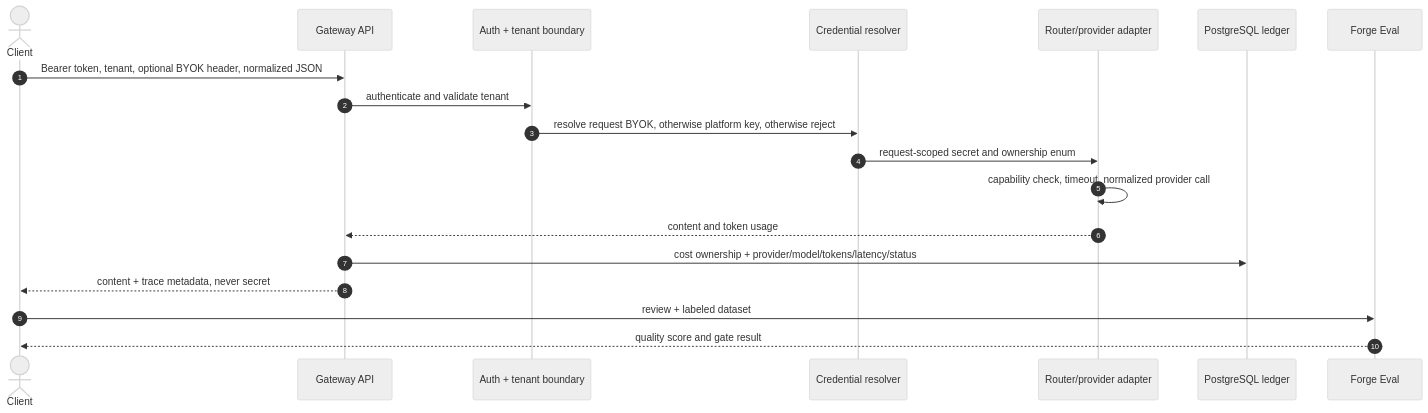
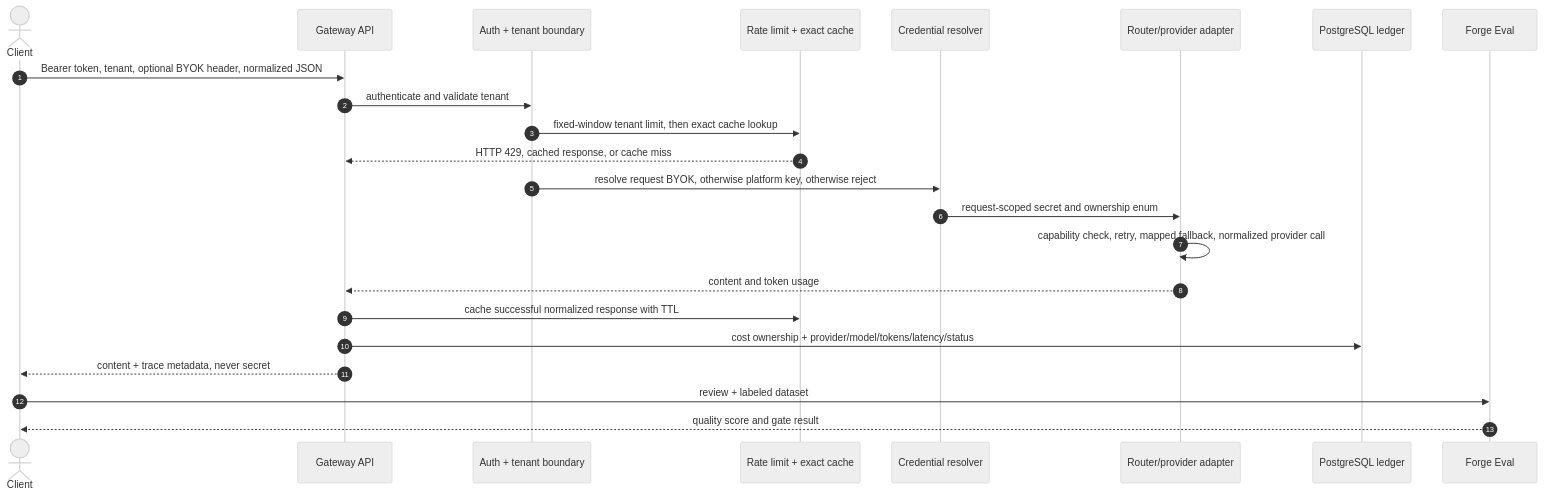
The second of 2 diagrams in README.md (Sidd-Tiwari/ForgeAI), drawn with Mermaid (neutral theme) before and after one commit. The commit also changed other lines of this file and 2 other files, not shown here.

First line of the commit message:
docs(architecture): reconcile built and planned boundaries

````diff
--- a/README.md
+++ b/README.md
@@ -95,21 +97,25 @@
 ```mermaid
 sequenceDiagram
   autonumber
   actor Client
   participant API as Gateway API
   participant Auth as Auth + tenant boundary
+  participant Policy as Rate limit + exact cache
   participant Cred as Credential resolver
   participant Route as Router/provider adapter
   participant DB as PostgreSQL ledger
   participant Eval as Forge Eval
   Client->>API: Bearer token, tenant, optional BYOK header, normalized JSON
   API->>Auth: authenticate and validate tenant
+  Auth->>Policy: fixed-window tenant limit, then exact cache lookup
+  Policy-->>API: HTTP 429, cached response, or cache miss
   Auth->>Cred: resolve request BYOK, otherwise platform key, otherwise reject
   Cred->>Route: request-scoped secret and ownership enum
-  Route->>Route: capability check, timeout, normalized provider call
+  Route->>Route: capability check, retry, mapped fallback, normalized provider call
   Route-->>API: content and token usage
+  API->>Policy: cache successful normalized response with TTL
   API->>DB: cost ownership + provider/model/tokens/latency/status
   API-->>Client: content + trace metadata, never secret
   Client->>Eval: review + labeled dataset
   Eval-->>Client: quality score and gate result
 ```
````
